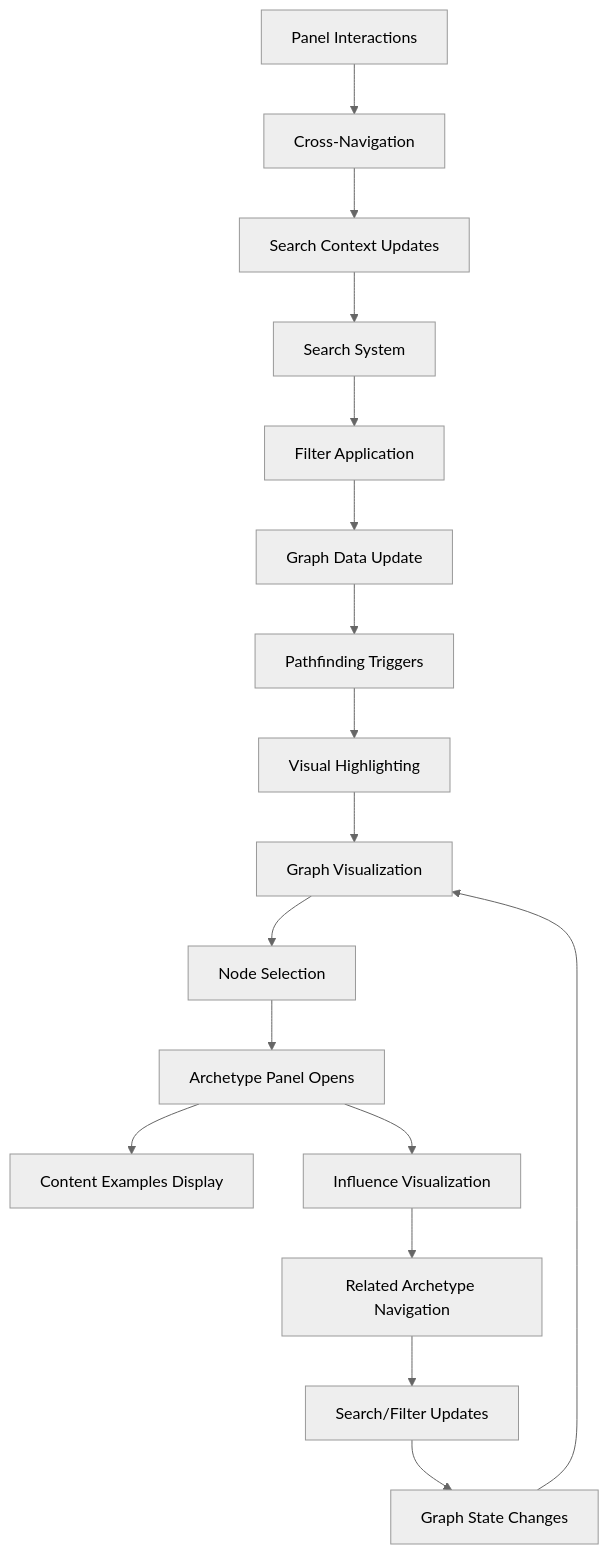
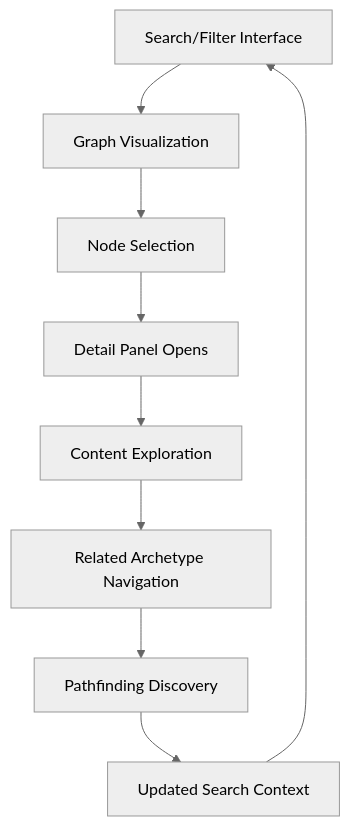
Before and after one commit to Abdi1717/huzzology: the fourth of 4 diagrams in docs/ARCHITECTURE_OVERVIEW.md, drawn with Mermaid (neutral theme). The commit also changed other lines of this file and 1 other file, not shown here.

````diff
--- a/docs/ARCHITECTURE_OVERVIEW.md
+++ b/docs/ARCHITECTURE_OVERVIEW.md
@@ -518,21 +400,11 @@
 ```mermaid
 graph TD
-    A[Graph Visualization] --> B[Node Selection]
-    B --> C[Archetype Panel Opens]
-    C --> D[Content Examples Display]
-    C --> E[Influence Visualization]
+    A[Search/Filter Interface] --> B[Graph Visualization]
+    B --> C[Node Selection]
+    C --> D[Detail Panel Opens]
+    D --> E[Content Exploration]
     E --> F[Related Archetype Navigation]
-    F --> G[Search/Filter Updates]
-    G --> H[Graph State Changes]
+    F --> G[Pathfinding Discovery]
+    G --> H[Updated Search Context]
     H --> A
-    
-    I[Search System] --> J[Filter Application]
-    J --> K[Graph Data Update]
-    K --> L[Pathfinding Triggers]
-    L --> M[Visual Highlighting]
-    M --> A
-    
-    N[Panel Interactions] --> O[Cross-Navigation]
-    O --> P[Search Context Updates]
-    P --> I
 ```
````
